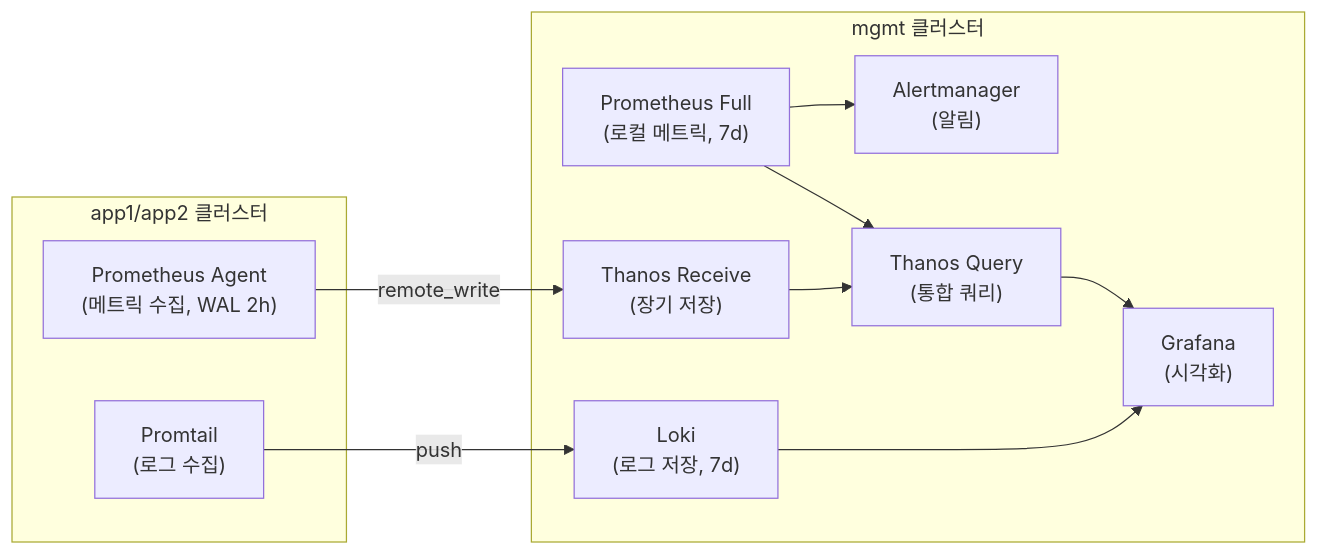
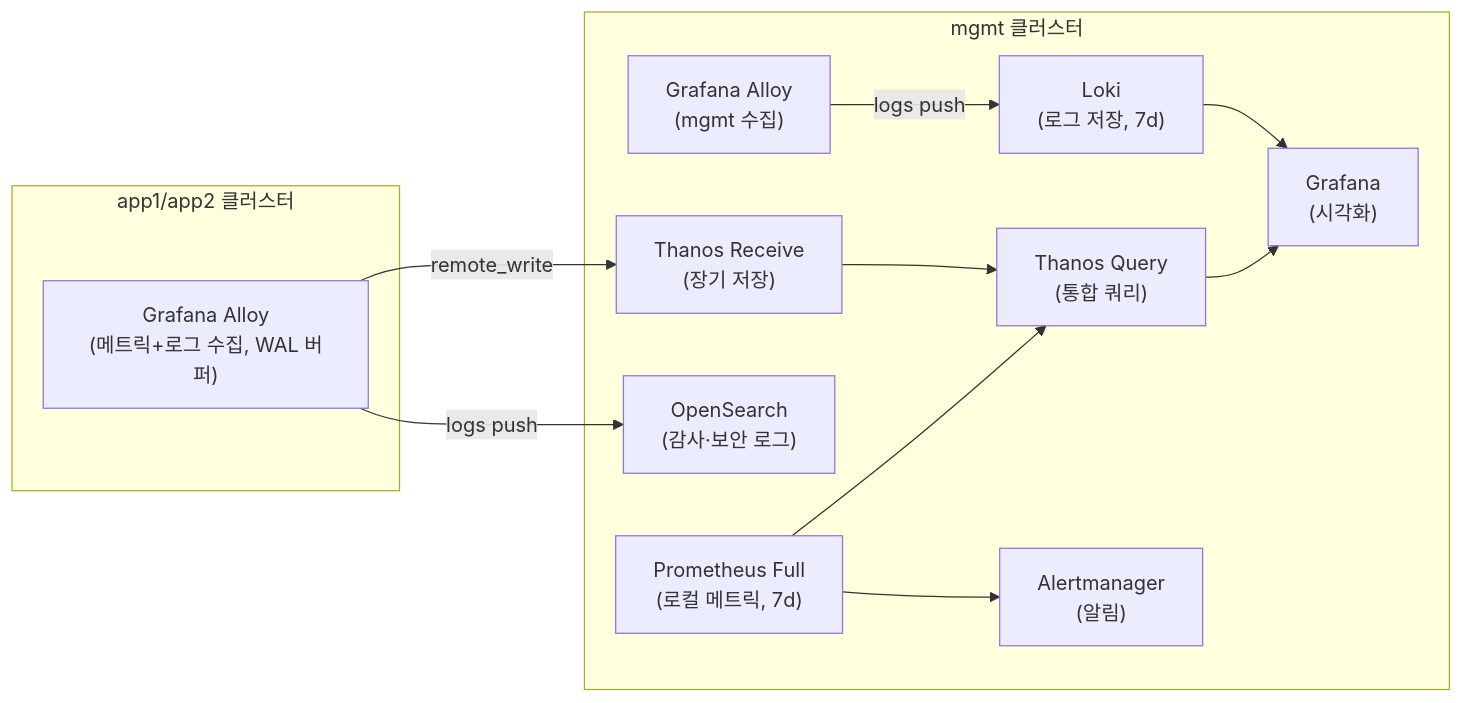
One commit to bocopile/mac-k8s-multipass-terraform changed the eighth of 12 diagrams in document/on-premise/ARCHITECTURE.md. Above: the diagram before and after it, drawn with Mermaid. The commit also changed other lines of this file, not shown here.

First line of the commit message:
docs: ARCHITECTURE.md를 실제 구현 코드와 동기화

````diff
--- a/document/on-premise/ARCHITECTURE.md
+++ b/document/on-premise/ARCHITECTURE.md
@@ -979,24 +982,26 @@
 ```mermaid
 flowchart LR
     subgraph AppClusters["app1/app2 클러스터"]
-        PromAgent["Prometheus Agent<br/>(메트릭 수집, WAL 2h)"]
-        Promtail["Promtail<br/>(로그 수집)"]
+        Alloy["Grafana Alloy<br/>(메트릭+로그 수집, WAL 버퍼)"]
     end
 
     subgraph MgmtCluster["mgmt 클러스터"]
         PromFull["Prometheus Full<br/>(로컬 메트릭, 7d)"]
         Thanos["Thanos Receive<br/>(장기 저장)"]
         ThanosQuery["Thanos Query<br/>(통합 쿼리)"]
         Loki["Loki<br/>(로그 저장, 7d)"]
+        OpenSearch["OpenSearch<br/>(감사·보안 로그)"]
         Grafana["Grafana<br/>(시각화)"]
         Alertmanager["Alertmanager<br/>(알림)"]
+        AlloyMgmt["Grafana Alloy<br/>(mgmt 수집)"]
     end
 
-    PromAgent -->|"remote_write"| Thanos
-    Promtail -->|"push"| Loki
+    Alloy -->|"remote_write"| Thanos
+    Alloy -->|"logs push"| OpenSearch
+    AlloyMgmt -->|"logs push"| Loki
     PromFull --> ThanosQuery
     Thanos --> ThanosQuery
     ThanosQuery --> Grafana
     Loki --> Grafana
     PromFull --> Alertmanager
 ```
````
